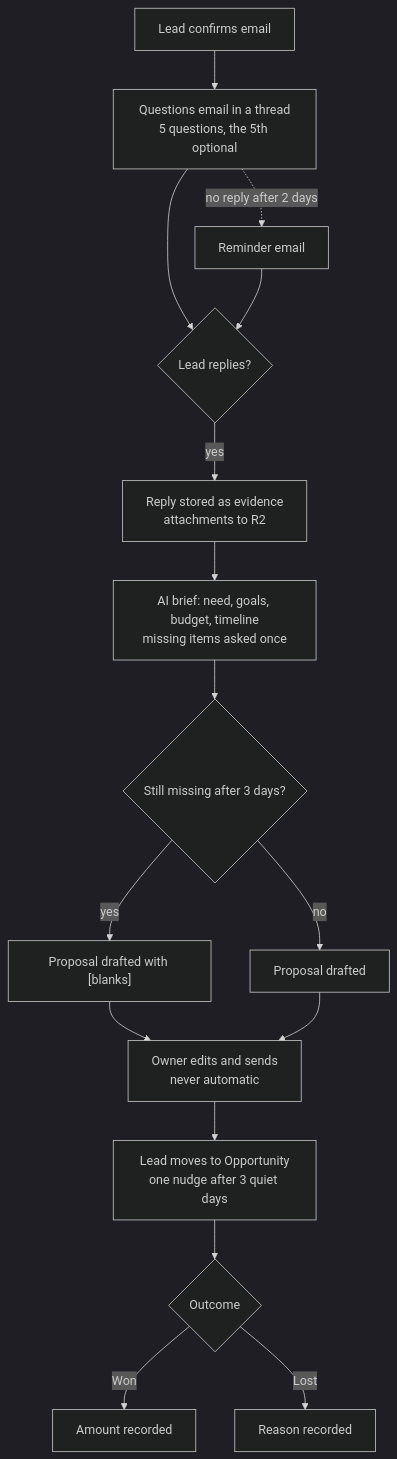
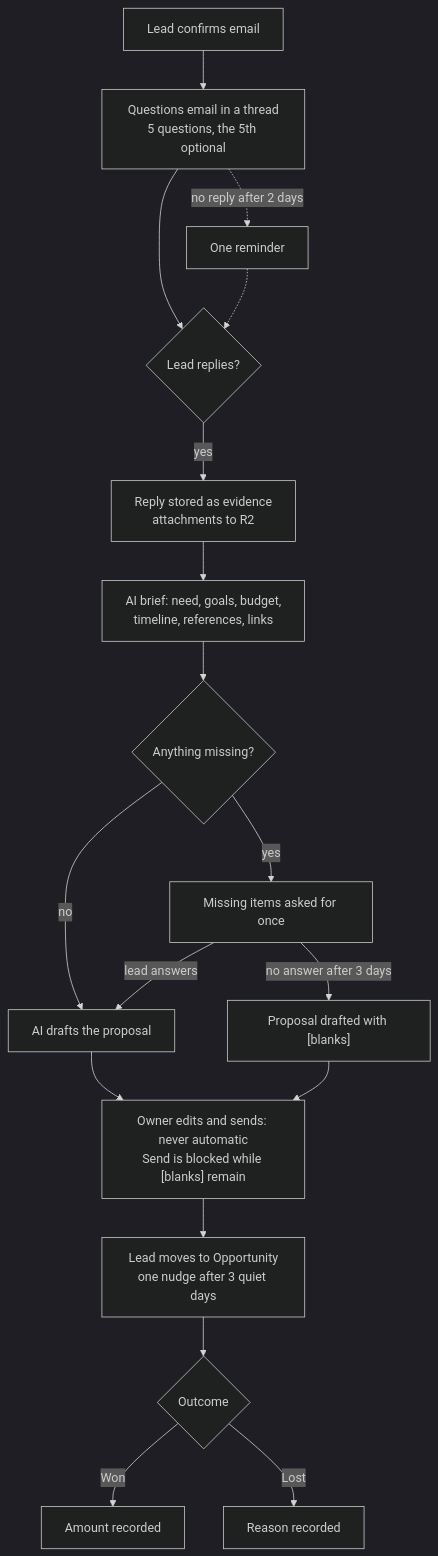
Before and after one commit to jared0565/Bytes-Web: the third of 3 diagrams in docs/knowledge-base.md, drawn with Mermaid (dark theme). The commit also changed other lines of this file and 12 other files, not shown here.

````diff
--- a/docs/knowledge-base.md
+++ b/docs/knowledge-base.md
@@ -408,17 +487,20 @@
 ```mermaid
 flowchart TD
   confirm["Lead confirms email"] --> q["Questions email in a thread<br/>5 questions, the 5th optional"]
-  q --> reply{"Lead replies?"}
-  q -. "no reply after 2 days" .-> remind["Reminder email"] --> reply
-  reply -- yes --> store["Reply stored as evidence<br/>attachments to R2"]
-  store --> brief["AI brief: need, goals, budget, timeline<br/>missing items asked once"]
-  brief --> wait{"Still missing after 3 days?"}
-  wait -- yes --> draft["Proposal drafted with [blanks]"]
-  wait -- no --> draft2["Proposal drafted"]
-  draft --> owner["Owner edits and sends<br/>never automatic"]
-  draft2 --> owner
+  q -. "no reply after 2 days" .-> remind["One reminder"]
+  q --> replied{"Lead replies?"}
+  remind -.-> replied
+  replied -- yes --> store["Reply stored as evidence<br/>attachments to R2"]
+  store --> brief["AI brief: need, goals, budget,<br/>timeline, references, links"]
+  brief --> missing{"Anything missing?"}
+  missing -- no --> draft["AI drafts the proposal"]
+  missing -- yes --> ask["Missing items asked for once"]
+  ask -- "lead answers" --> draft
+  ask -- "no answer after 3 days" --> blanks["Proposal drafted with [blanks]"]
+  draft --> owner["Owner edits and sends: never automatic<br/>Send is blocked while [blanks] remain"]
+  blanks --> owner
   owner --> opp["Lead moves to Opportunity<br/>one nudge after 3 quiet days"]
   opp --> outcome{"Outcome"}
   outcome -- Won --> won["Amount recorded"]
   outcome -- Lost --> lost["Reason recorded"]
 ```
````
